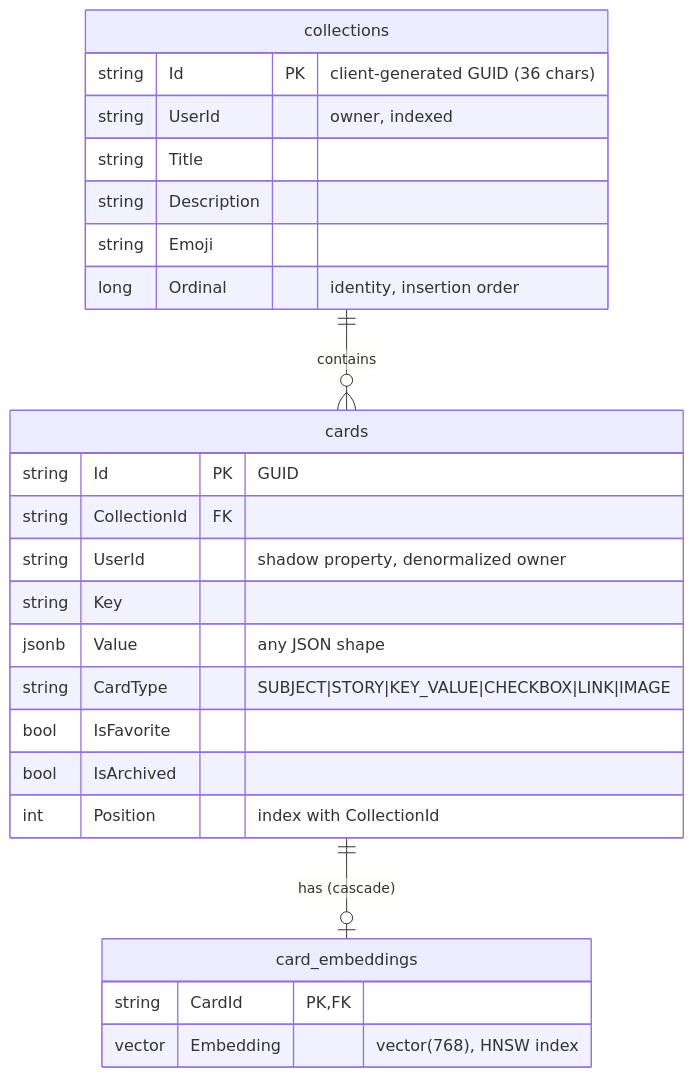
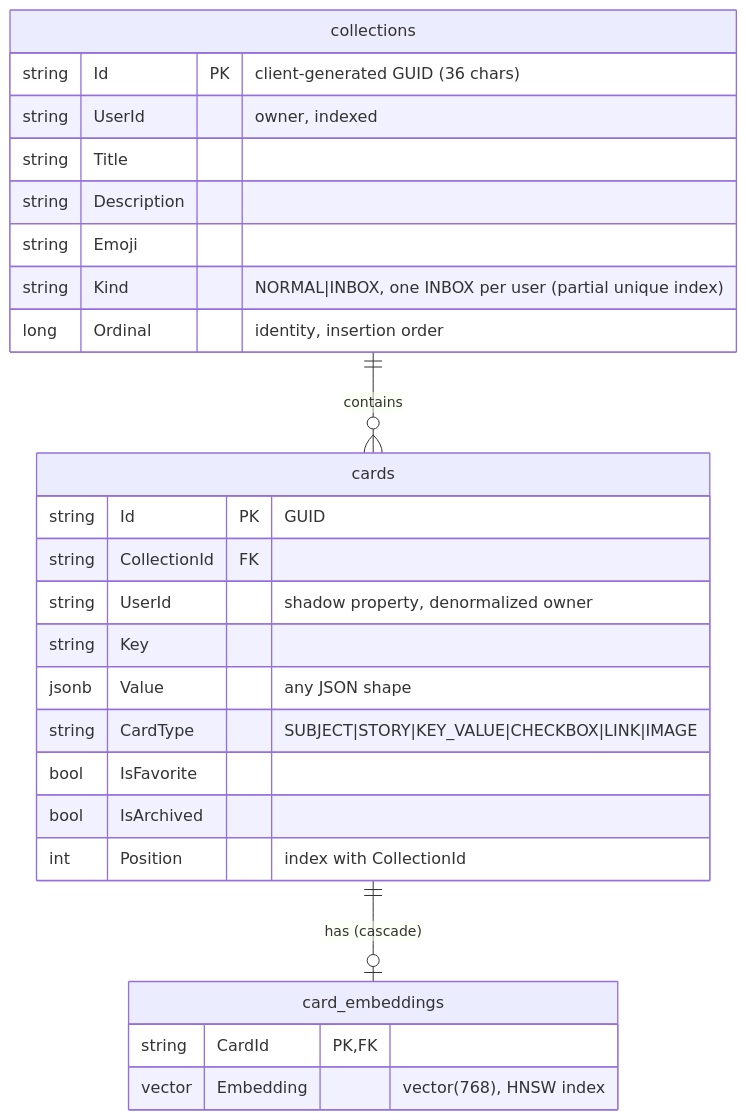
One commit to Assaviv/CollectionsProject changed the second of 3 diagrams in CollectionsDB/README.md. Above: the diagram before and after it, drawn with Mermaid. The commit also changed other lines of this file and 30 other files, not shown here.

First line of the commit message:
feat: Implement inbox functionality with unique per-user inbox collections

````diff
--- a/CollectionsDB/README.md
+++ b/CollectionsDB/README.md
@@ -44,29 +44,30 @@
 ```mermaid
 erDiagram
     collections ||--o{ cards : contains
     cards ||--o| card_embeddings : "has (cascade)"
 
     collections {
         string Id PK "client-generated GUID (36 chars)"
         string UserId "owner, indexed"
         string Title
         string Description
         string Emoji
+        string Kind "NORMAL|INBOX, one INBOX per user (partial unique index)"
         long Ordinal "identity, insertion order"
     }
     cards {
         string Id PK "GUID"
         string CollectionId FK
         string UserId "shadow property, denormalized owner"
         string Key
         jsonb Value "any JSON shape"
         string CardType "SUBJECT|STORY|KEY_VALUE|CHECKBOX|LINK|IMAGE"
         bool IsFavorite
         bool IsArchived
         int Position "index with CollectionId"
     }
     card_embeddings {
         string CardId PK,FK
         vector Embedding "vector(768), HNSW index"
     }
 ```
````
